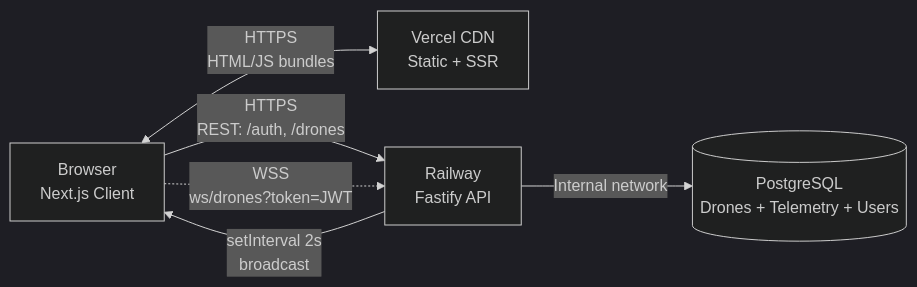
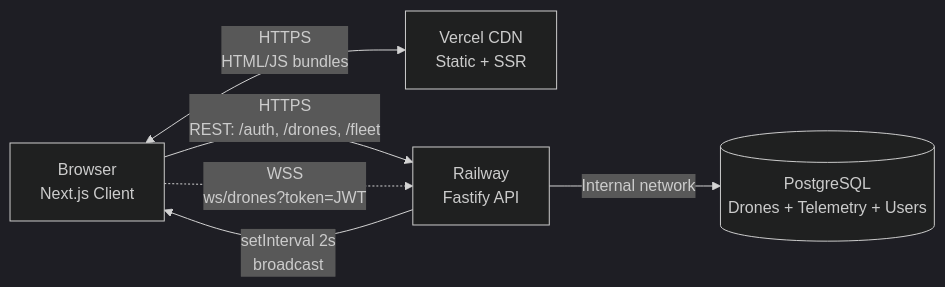
The diagram in README.md (VChecherynda/uav-monorepo), drawn with Mermaid (dark theme) before and after one commit. The commit also changed other lines of this file, not shown here.

````diff
--- a/README.md
+++ b/README.md
@@ -45,13 +15,13 @@
 ```mermaid
 graph LR
     Browser[Browser<br/>Next.js Client]
     Vercel[Vercel CDN<br/>Static + SSR]
     Railway[Railway<br/>Fastify API]
     Postgres[(PostgreSQL<br/>Drones + Telemetry + Users)]
 
-    Browser -->|HTTPS<br/>REST: /auth, /drones| Railway
+    Browser -->|HTTPS<br/>REST: /auth, /drones, /fleet| Railway
     Browser -.->|WSS<br/>ws/drones?token=JWT| Railway
     Browser <-->|HTTPS<br/>HTML/JS bundles| Vercel
     Railway -->|Internal network| Postgres
     Railway -->|setInterval 2s<br/>broadcast| Browser
 ```
````
